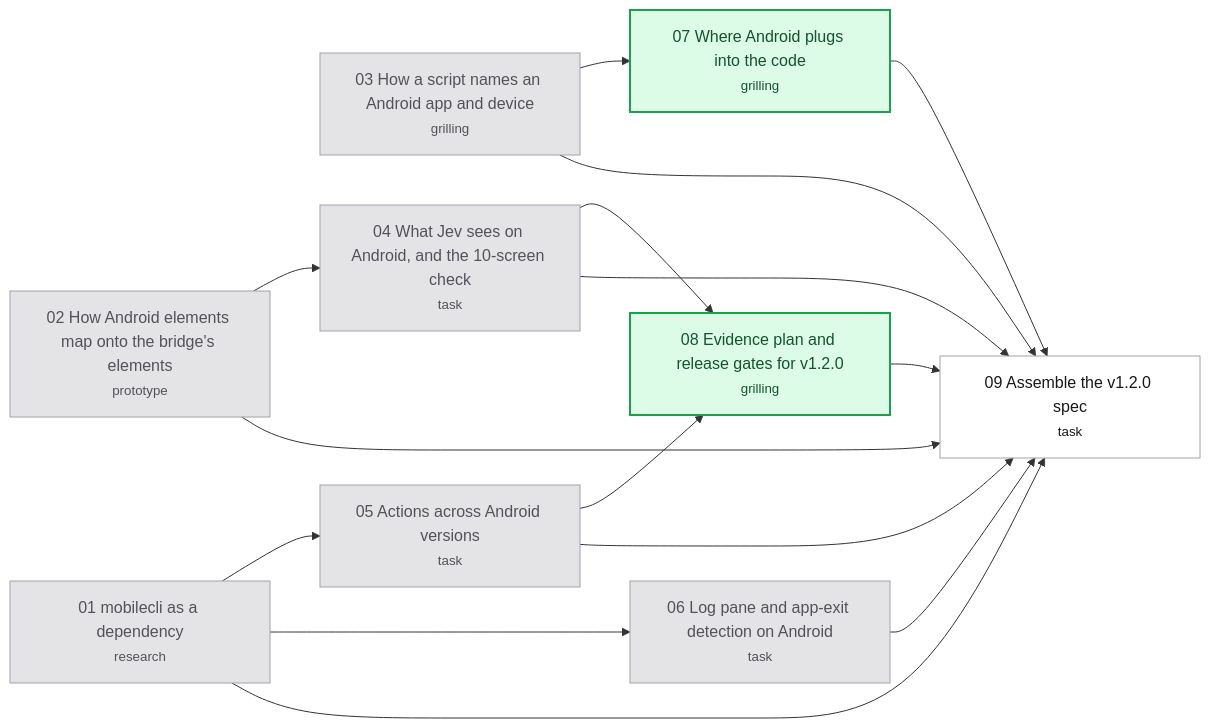
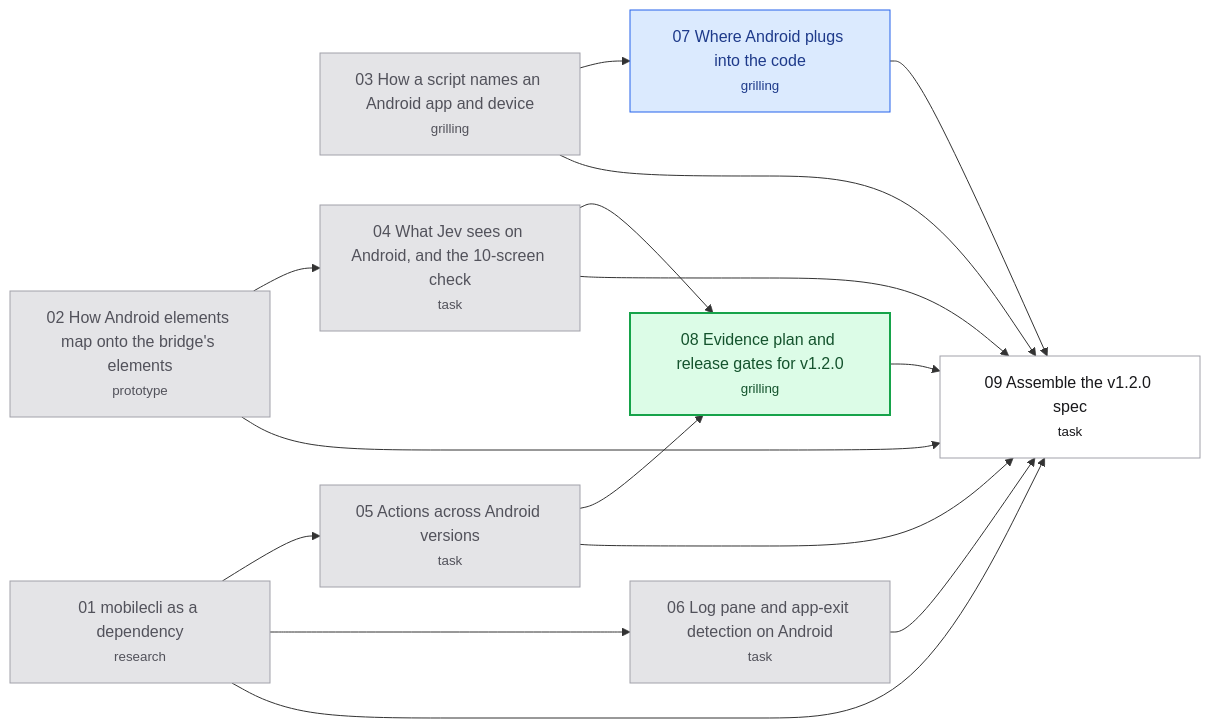
One commit to hugues-vnsgn/jev-ios-bridge changed the diagram in .scratch/android-support/map.md. Above: the diagram before and after it, drawn with Mermaid. The commit also changed 1 other file, not shown here.

Commit message:
wayfinder: claim "Where Android plugs into the code"

````diff
--- a/.scratch/android-support/map.md
+++ b/.scratch/android-support/map.md
@@ -47,33 +47,34 @@
 ```mermaid
 flowchart LR
     T01["01 mobilecli as a dependency<br/><small>research</small>"]
     T02["02 How Android elements map onto the bridge's elements<br/><small>prototype</small>"]
     T03["03 How a script names an Android app and device<br/><small>grilling</small>"]
     T04["04 What Jev sees on Android, and the 10-screen check<br/><small>task</small>"]
     T05["05 Actions across Android versions<br/><small>task</small>"]
     T06["06 Log pane and app-exit detection on Android<br/><small>task</small>"]
     T07["07 Where Android plugs into the code<br/><small>grilling</small>"]
     T08["08 Evidence plan and release gates for v1.2.0<br/><small>grilling</small>"]
     T09["09 Assemble the v1.2.0 spec<br/><small>task</small>"]
     T02 --> T04
     T01 --> T05
     T01 --> T06
     T03 --> T07
     T04 --> T08
     T05 --> T08
     T01 --> T09
     T02 --> T09
     T03 --> T09
     T04 --> T09
     T05 --> T09
     T06 --> T09
     T07 --> T09
     T08 --> T09
     classDef resolved fill:#e4e4e7,stroke:#a1a1aa,color:#52525b
     classDef claimed fill:#dbeafe,stroke:#2563eb,color:#1e3a8a
     classDef frontier fill:#dcfce7,stroke:#16a34a,color:#14532d,stroke-width:2px
     classDef blocked fill:#ffffff,stroke:#a1a1aa,color:#18181b
     class T01,T02,T03,T04,T05,T06 resolved
-    class T07,T08 frontier
+    class T07 claimed
+    class T08 frontier
     class T09 blocked
 ```
````
